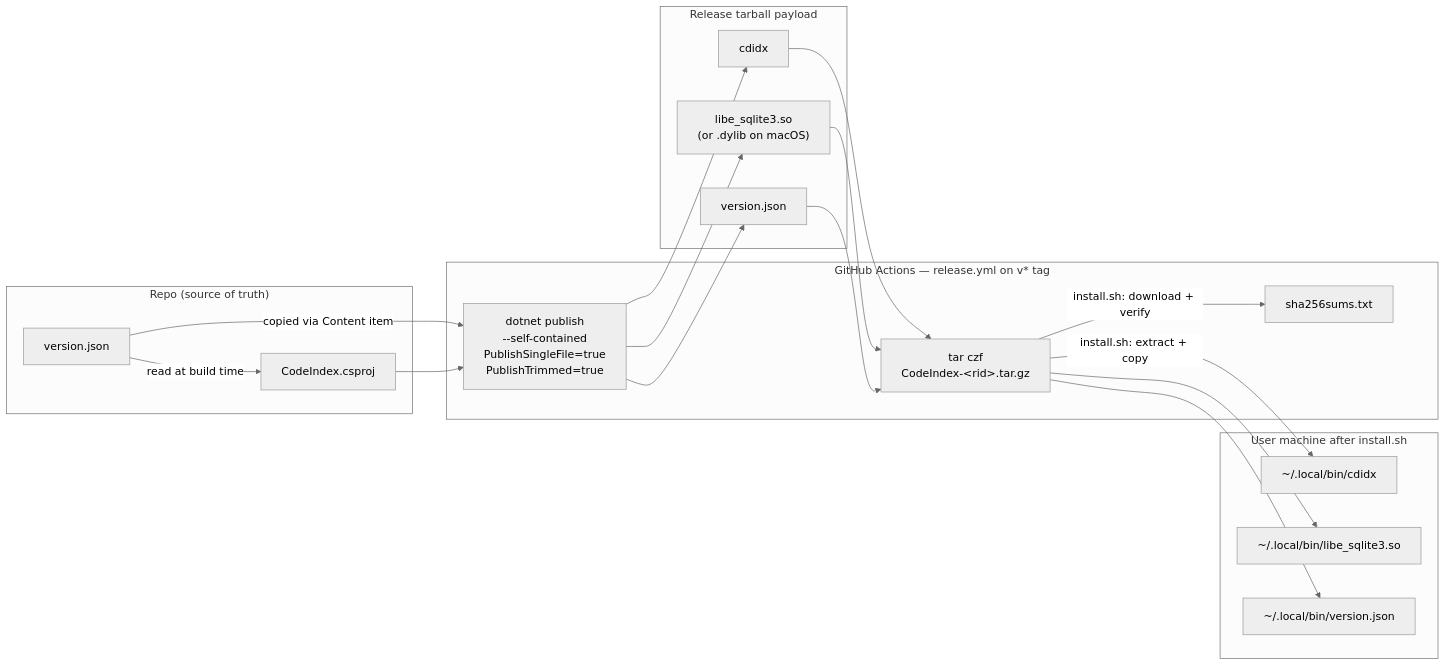
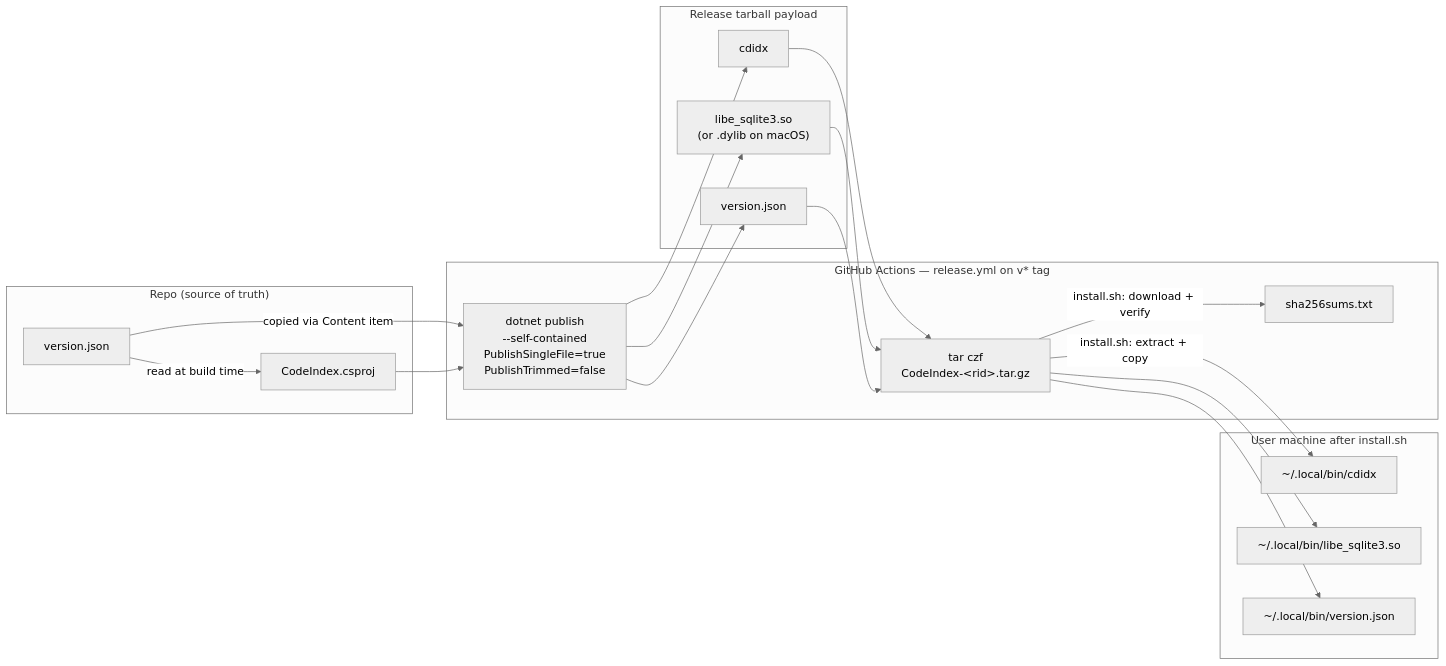
Before and after one commit to braincominity/CodeIndex: the second of 12 diagrams in DEVELOPER_GUIDE.md, drawn with Mermaid (neutral theme). The commit also changed other lines of this file and 5 other files, not shown here.

````diff
--- a/DEVELOPER_GUIDE.md
+++ b/DEVELOPER_GUIDE.md
@@ -796,35 +796,35 @@
 ```mermaid
 flowchart LR
     subgraph Repo["Repo (source of truth)"]
         V[version.json]
         C[CodeIndex.csproj]
     end
     subgraph CI["GitHub Actions — release.yml on v* tag"]
-        P["dotnet publish<br/>--self-contained<br/>PublishSingleFile=true<br/>PublishTrimmed=true"]
+        P["dotnet publish<br/>--self-contained<br/>PublishSingleFile=true<br/>PublishTrimmed=false"]
         T["tar czf<br/>CodeIndex-&lt;rid&gt;.tar.gz"]
         H["sha256sums.txt"]
     end
     subgraph Tarball["Release tarball payload"]
         B[cdidx]
         L["libe_sqlite3.so<br/>(or .dylib on macOS)"]
         J[version.json]
     end
     subgraph User["User machine after install.sh"]
         UB["~/.local/bin/cdidx"]
         UL["~/.local/bin/libe_sqlite3.so"]
         UJ["~/.local/bin/version.json"]
     end
     V -->|read at build time| C
     V -->|copied via Content item| P
     C --> P
     P --> B
     P --> L
     P --> J
     B --> T
     L --> T
     J --> T
     T -->|install.sh: download + verify| H
     T -->|install.sh: extract + copy| UB
     T --> UL
     T --> UJ
 ```
````
